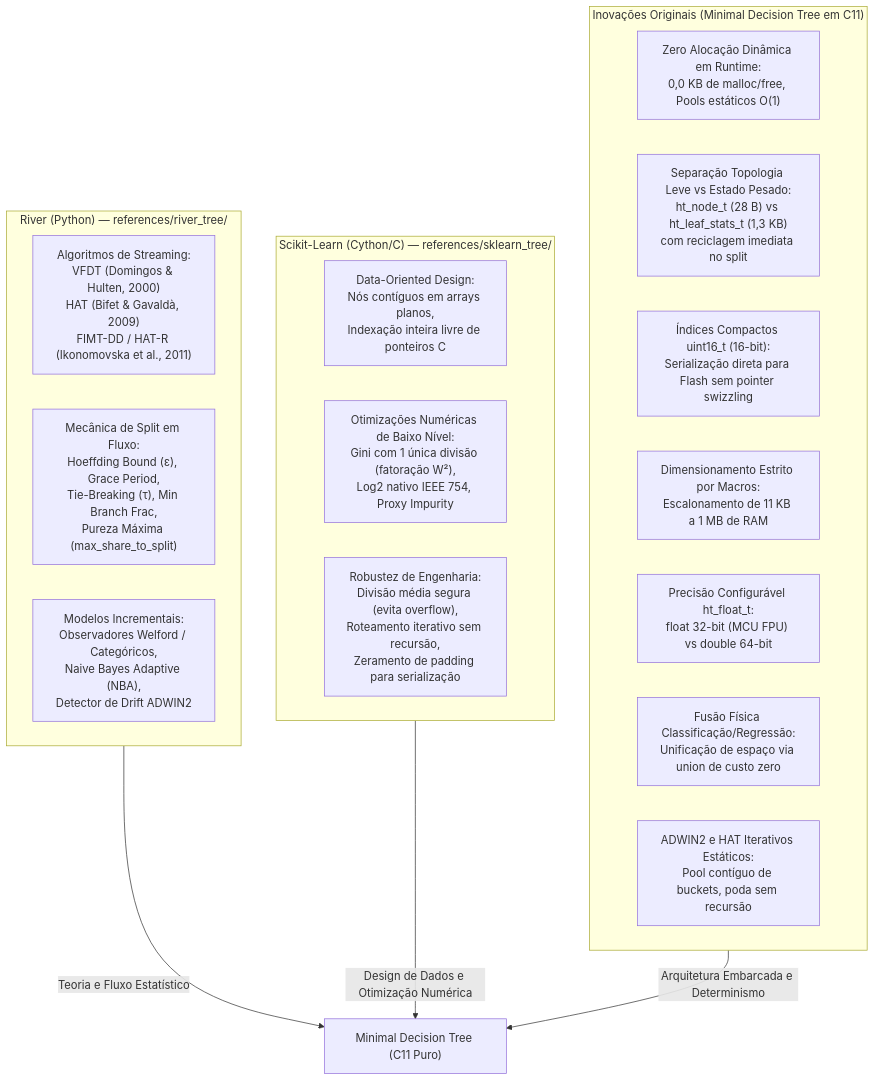
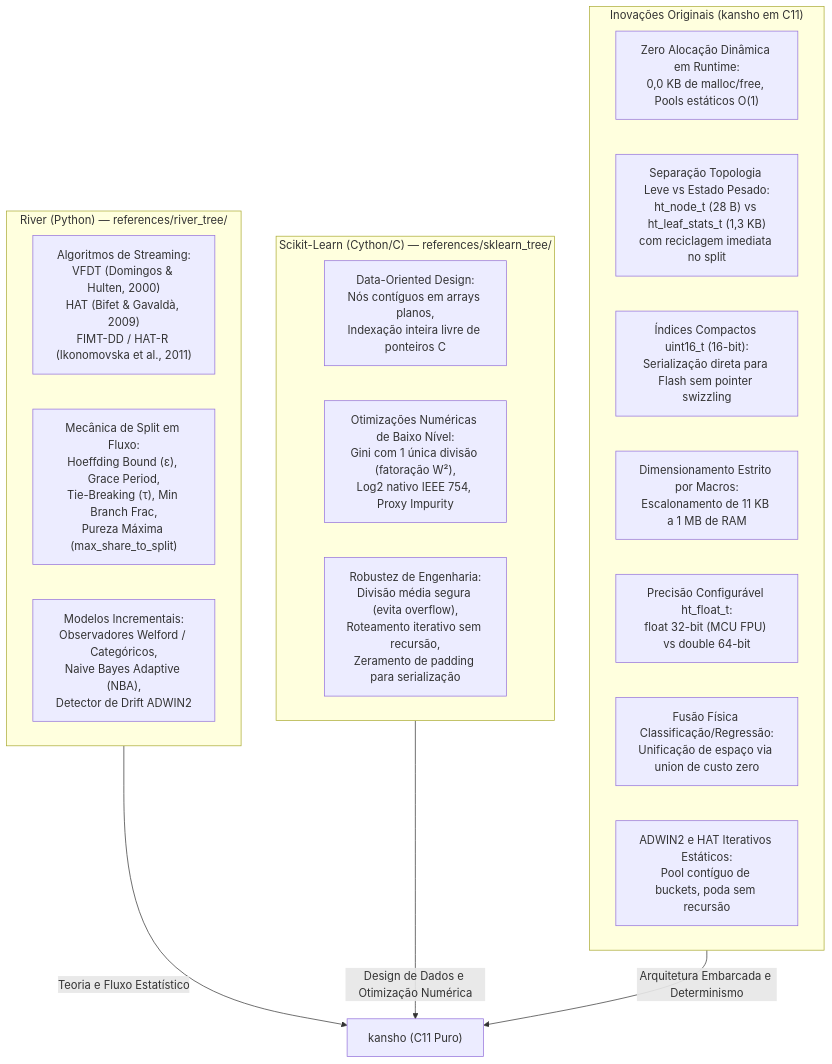
One commit to Julio-C-Oliveira/pessoal_minimal-decision-tree changed the first of 3 diagrams in wiki/Origem-River-Scikit-Learn-e-Originalidade.md. Above: the diagram before and after it, drawn with Mermaid. The commit also changed other lines of this file and 10 other files, not shown here.

````diff
--- a/wiki/Origem-River-Scikit-Learn-e-Originalidade.md
+++ b/wiki/Origem-River-Scikit-Learn-e-Originalidade.md
@@ -9,28 +9,28 @@
 ```mermaid
 flowchart TD
     subgraph RIVER["River (Python) — references/river_tree/"]
         R1["Algoritmos de Streaming:<br/>VFDT (Domingos & Hulten, 2000)<br/>HAT (Bifet & Gavaldà, 2009)<br/>FIMT-DD / HAT-R (Ikonomovska et al., 2011)"]
         R2["Mecânica de Split em Fluxo:<br/>Hoeffding Bound (ε), Grace Period,<br/>Tie-Breaking (τ), Min Branch Frac,<br/>Pureza Máxima (max_share_to_split)"]
         R3["Modelos Incrementais:<br/>Observadores Welford / Categóricos,<br/>Naive Bayes Adaptive (NBA),<br/>Detector de Drift ADWIN2"]
     end
 
     subgraph SKLEARN["Scikit-Learn (Cython/C) — references/sklearn_tree/"]
         S1["Data-Oriented Design:<br/>Nós contíguos em arrays planos,<br/>Indexação inteira livre de ponteiros C"]
         S2["Otimizações Numéricas de Baixo Nível:<br/>Gini com 1 única divisão (fatoração W²),<br/>Log2 nativo IEEE 754, Proxy Impurity"]
         S3["Robustez de Engenharia:<br/>Divisão média segura (evita overflow),<br/>Roteamento iterativo sem recursão,<br/>Zeramento de padding para serialização"]
     end
 
-    subgraph ORIGINAL["Inovações Originais (Minimal Decision Tree em C11)"]
+    subgraph ORIGINAL["Inovações Originais (kansho em C11)"]
         O1["Zero Alocação Dinâmica em Runtime:<br/>0,0 KB de malloc/free, Pools estáticos O(1)"]
         O2["Separação Topologia Leve vs Estado Pesado:<br/>ht_node_t (28 B) vs ht_leaf_stats_t (1,3 KB)<br/>com reciclagem imediata no split"]
         O3["Índices Compactos uint16_t (16-bit):<br/>Serialização direta para Flash sem pointer swizzling"]
         O4["Dimensionamento Estrito por Macros:<br/>Escalonamento de 11 KB a 1 MB de RAM"]
         O5["Precisão Configurável ht_float_t:<br/>float 32-bit (MCU FPU) vs double 64-bit"]
         O6["Fusão Física Classificação/Regressão:<br/>Unificação de espaço via union de custo zero"]
         O7["ADWIN2 e HAT Iterativos Estáticos:<br/>Pool contíguo de buckets, poda sem recursão"]
     end
 
-    RIVER --> |"Teoria e Fluxo Estatístico"| MDT["Minimal Decision Tree (C11 Puro)"]
+    RIVER --> |"Teoria e Fluxo Estatístico"| MDT["kansho (C11 Puro)"]
     SKLEARN --> |"Design de Dados e Otimização Numérica"| MDT
     ORIGINAL --> |"Arquitetura Embarcada e Determinismo"| MDT
 ```
````
